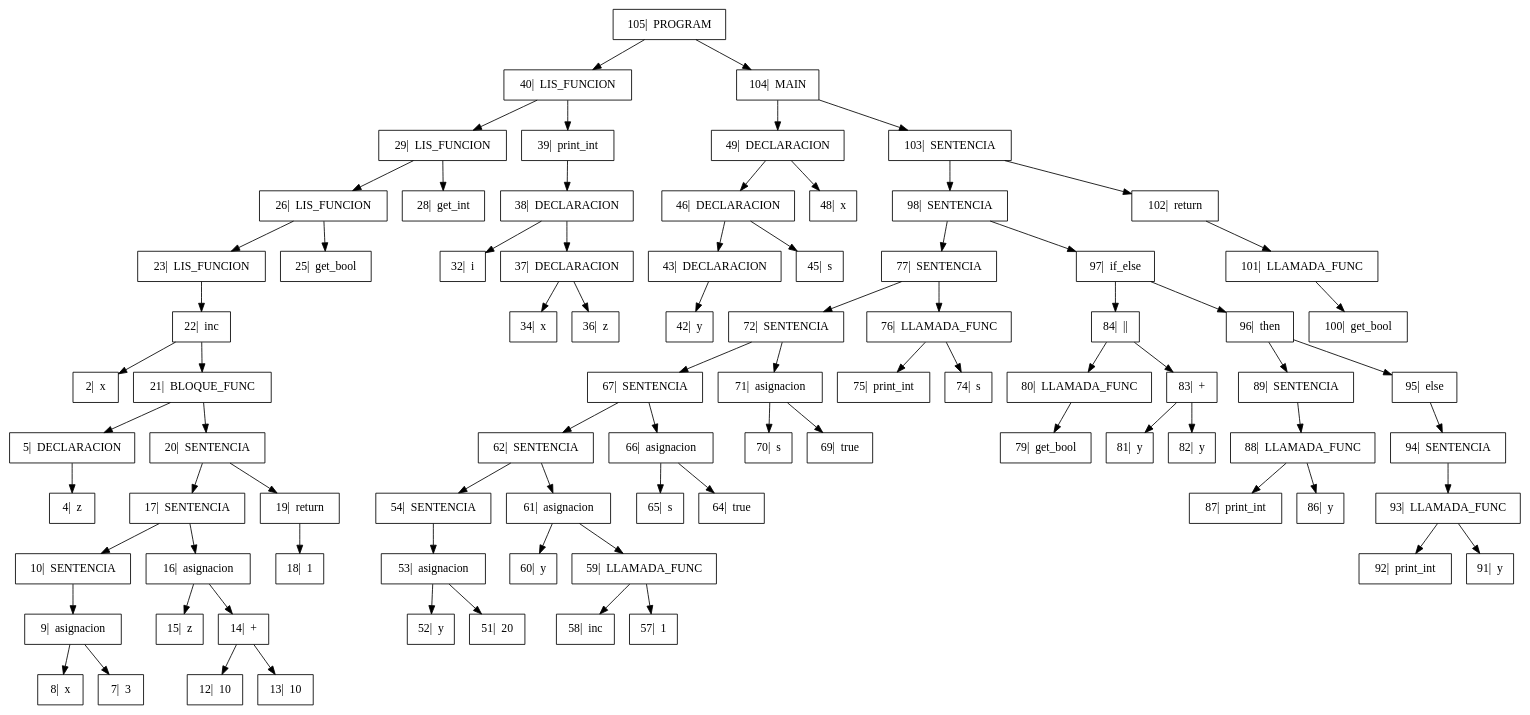
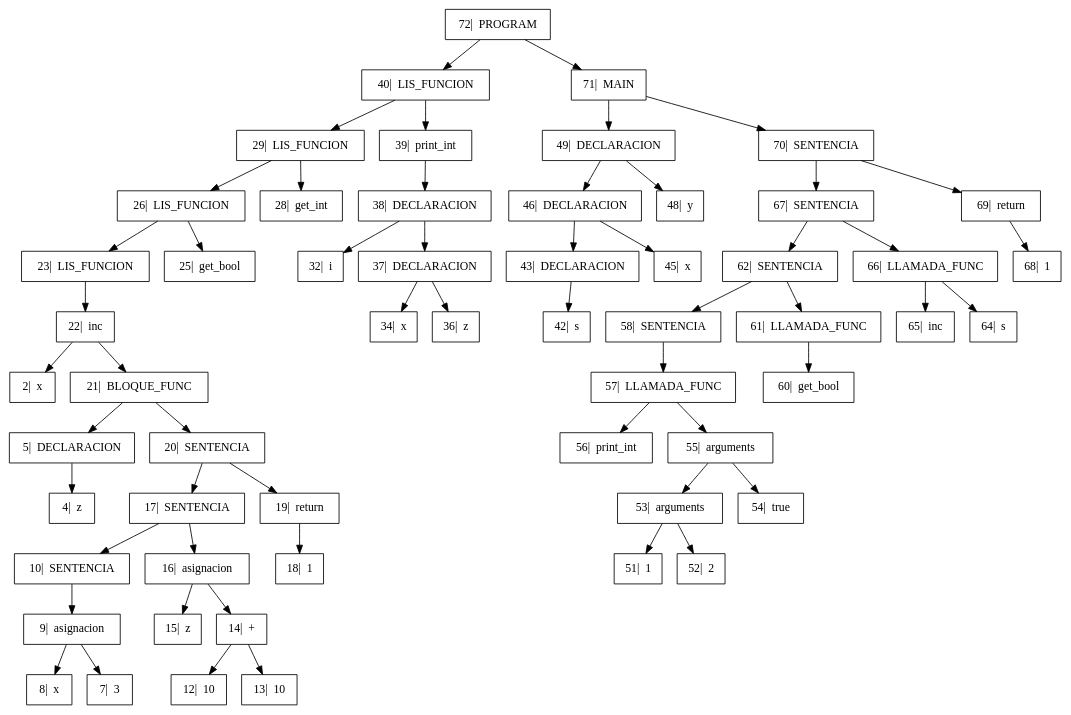
Before and after one commit to GiovA07/PRE-PROYECTO-COMPILADORES: the diagram in Proyecto/output/Arbol.dot, drawn with Graphviz. The commit also changed 14 other files, not shown here.

```diff
--- a/Proyecto/output/Arbol.dot
+++ b/Proyecto/output/Arbol.dot
@@ -1,53 +1,38 @@
 digraph{
 
 rankdir=TB;
 
 node[shape=box];
-"105|  PROGRAM" -> "40|  LIS_FUNCION", "104|  MAIN";
+"72|  PROGRAM" -> "40|  LIS_FUNCION", "71|  MAIN";
 "40|  LIS_FUNCION" -> "29|  LIS_FUNCION", "39|  print_int";
 "29|  LIS_FUNCION" -> "26|  LIS_FUNCION", "28|  get_int";
 "26|  LIS_FUNCION" -> "23|  LIS_FUNCION", "25|  get_bool";
 "23|  LIS_FUNCION" -> "22|  inc" ;
 "22|  inc" -> "2|  x", "21|  BLOQUE_FUNC";
 "21|  BLOQUE_FUNC" -> "5|  DECLARACION", "20|  SENTENCIA";
 "5|  DECLARACION" -> "4|  z" ;
 "20|  SENTENCIA" -> "17|  SENTENCIA", "19|  return";
 "17|  SENTENCIA" -> "10|  SENTENCIA", "16|  asignacion";
 "10|  SENTENCIA" -> "9|  asignacion" ;
 "9|  asignacion" -> "8|  x", "7|  3";
 "16|  asignacion" -> "15|  z", "14|  +";
 "14|  +" -> "12|  10", "13|  10";
 "19|  return" -> "18|  1" ;
 "39|  print_int" -> "38|  DECLARACION" ;
 "38|  DECLARACION" -> "32|  i", "37|  DECLARACION";
 "37|  DECLARACION" -> "34|  x", "36|  z";
-"104|  MAIN" -> "49|  DECLARACION", "103|  SENTENCIA";
-"49|  DECLARACION" -> "46|  DECLARACION", "48|  x";
-"46|  DECLARACION" -> "43|  DECLARACION", "45|  s";
-"43|  DECLARACION" -> "42|  y" ;
-"103|  SENTENCIA" -> "98|  SENTENCIA", "102|  return";
-"98|  SENTENCIA" -> "77|  SENTENCIA", "97|  if_else";
-"77|  SENTENCIA" -> "72|  SENTENCIA", "76|  LLAMADA_FUNC";
-"72|  SENTENCIA" -> "67|  SENTENCIA", "71|  asignacion";
-"67|  SENTENCIA" -> "62|  SENTENCIA", "66|  asignacion";
-"62|  SENTENCIA" -> "54|  SENTENCIA", "61|  asignacion";
-"54|  SENTENCIA" -> "53|  asignacion" ;
-"53|  asignacion" -> "52|  y", "51|  20";
-"61|  asignacion" -> "60|  y", "59|  LLAMADA_FUNC";
-"59|  LLAMADA_FUNC" -> "58|  inc", "57|  1";
-"66|  asignacion" -> "65|  s", "64|  true";
-"71|  asignacion" -> "70|  s", "69|  true";
-"76|  LLAMADA_FUNC" -> "75|  print_int", "74|  s";
-"97|  if_else" -> "84|  ||", "96|  then";
-"84|  ||" -> "80|  LLAMADA_FUNC", "83|  +";
-"80|  LLAMADA_FUNC" -> "79|  get_bool" ;
-"83|  +" -> "81|  y", "82|  y";
-"96|  then" -> "89|  SENTENCIA", "95|  else";
-"89|  SENTENCIA" -> "88|  LLAMADA_FUNC" ;
-"88|  LLAMADA_FUNC" -> "87|  print_int", "86|  y";
-"95|  else" -> "94|  SENTENCIA" ;
-"94|  SENTENCIA" -> "93|  LLAMADA_FUNC" ;
-"93|  LLAMADA_FUNC" -> "92|  print_int", "91|  y";
-"102|  return" -> "101|  LLAMADA_FUNC" ;
-"101|  LLAMADA_FUNC" -> "100|  get_bool" ;
+"71|  MAIN" -> "49|  DECLARACION", "70|  SENTENCIA";
+"49|  DECLARACION" -> "46|  DECLARACION", "48|  y";
+"46|  DECLARACION" -> "43|  DECLARACION", "45|  x";
+"43|  DECLARACION" -> "42|  s" ;
+"70|  SENTENCIA" -> "67|  SENTENCIA", "69|  return";
+"67|  SENTENCIA" -> "62|  SENTENCIA", "66|  LLAMADA_FUNC";
+"62|  SENTENCIA" -> "58|  SENTENCIA", "61|  LLAMADA_FUNC";
+"58|  SENTENCIA" -> "57|  LLAMADA_FUNC" ;
+"57|  LLAMADA_FUNC" -> "56|  print_int", "55|  arguments";
+"55|  arguments" -> "53|  arguments", "54|  true";
+"53|  arguments" -> "51|  1", "52|  2";
+"61|  LLAMADA_FUNC" -> "60|  get_bool" ;
+"66|  LLAMADA_FUNC" -> "65|  inc", "64|  s";
+"69|  return" -> "68|  1" ;
 }
```
